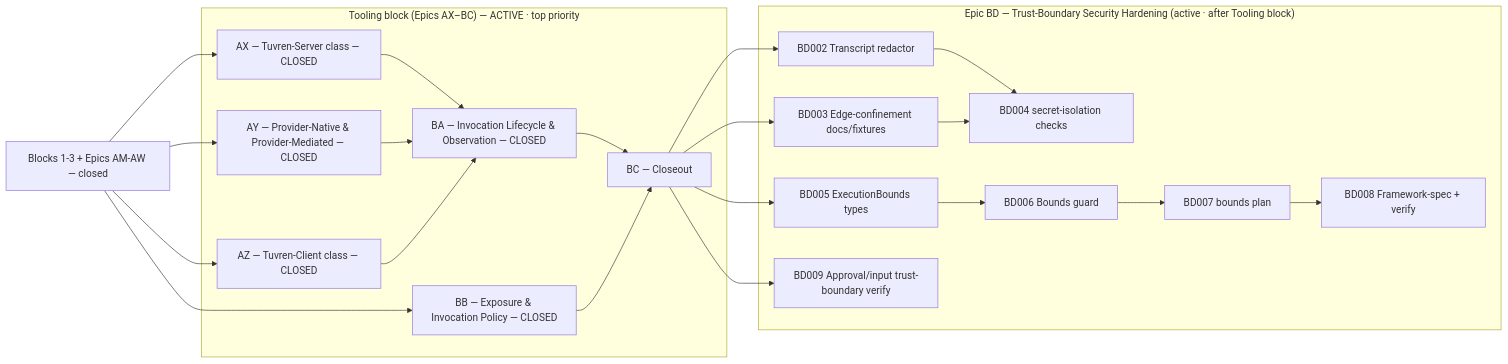
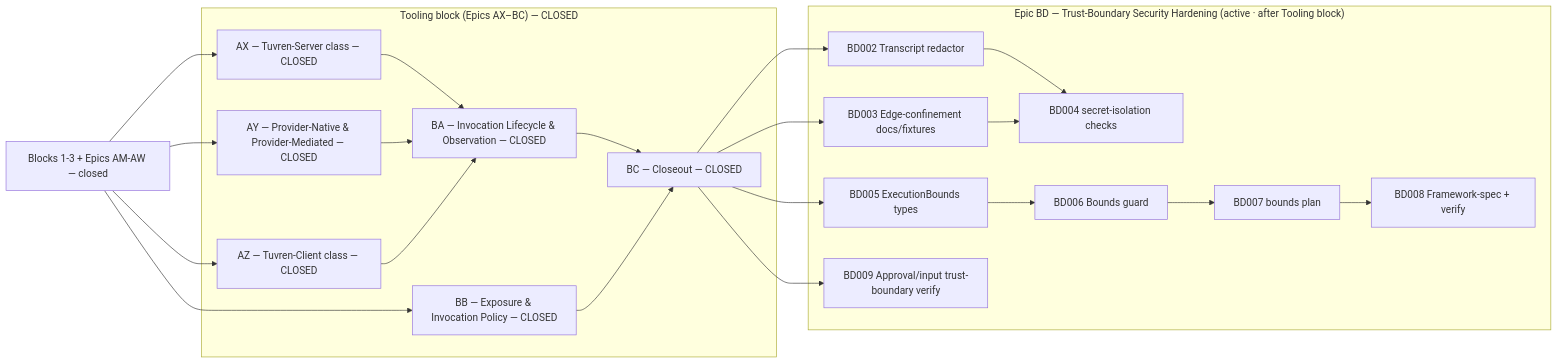
Before and after one commit to Tuvren/framework: the diagram in .constitution/tasks/critical-path.md, drawn with Mermaid. The commit also changed other lines of this file and 6 other files, not shown here.

````diff
--- a/.constitution/tasks/critical-path.md
+++ b/.constitution/tasks/critical-path.md
@@ -84,32 +84,32 @@
 ```mermaid
 flowchart LR
   closed["Blocks 1-3 + Epics AM-AW — closed"]
 
-  subgraph tooling["Tooling block (Epics AX–BC) — ACTIVE · top priority"]
+  subgraph tooling["Tooling block (Epics AX–BC) — CLOSED"]
     AXep["AX — Tuvren-Server class — CLOSED"]
     AYep["AY — Provider-Native & Provider-Mediated — CLOSED"]
     AZep["AZ — Tuvren-Client class — CLOSED"]
     AXep --> BAep["BA — Invocation Lifecycle & Observation — CLOSED"]
     AYep --> BAep
     AZep --> BAep
     BBep["BB — Exposure & Invocation Policy — CLOSED"]
-    BAep --> BCep["BC — Closeout"]
+    BAep --> BCep["BC — Closeout — CLOSED"]
     BBep --> BCep
   end
 
   subgraph trust["Epic BD — Trust-Boundary Security Hardening (active · after Tooling block)"]
     BD2["BD002 Transcript redactor"] --> BD4["BD004 secret-isolation checks"]
     BD3["BD003 Edge-confinement docs/fixtures"] --> BD4
     BD5["BD005 ExecutionBounds types"] --> BD6["BD006 Bounds guard"] --> BD7["BD007 bounds plan"] --> BD8["BD008 Framework-spec + verify"]
     BD9["BD009 Approval/input trust-boundary verify"]
   end
 
   closed --> AXep
   closed --> AYep
   closed --> AZep
   closed --> BBep
   BCep --> BD2
   BCep --> BD3
   BCep --> BD5
   BCep --> BD9
 ```
````
